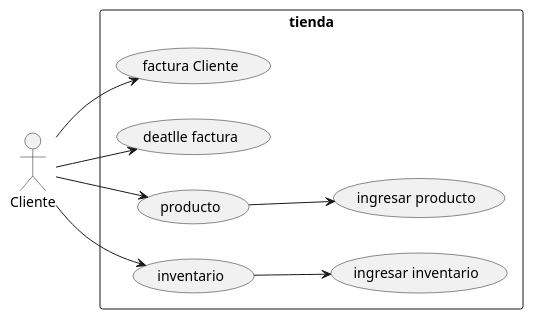
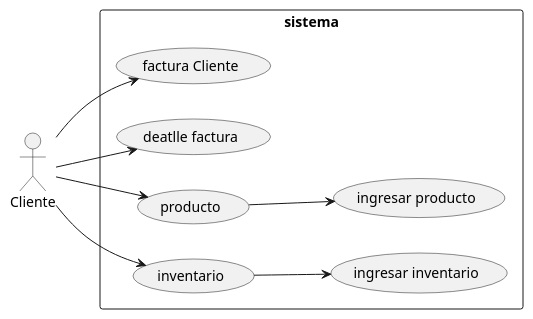
The diagram in Diagrama_de_Usos.wsd (jose6668/parcial2), drawn with PlantUML before and after one commit. The commit also changed 1 other file, not shown here.

```diff
--- a/Diagrama_de_Usos.wsd
+++ b/Diagrama_de_Usos.wsd
@@ -1,26 +1,26 @@
 @startuml
 left to right direction
 actor Cliente as clien
 
 
-rectangle "tienda" {
+rectangle "sistema" {
     usecase "factura Cliente" as Facturacleinte
     usecase "deatlle factura" as Dettalefactura
     usecase "producto" as Producto
     usecase "ingresar producto" as Ingresarproducto
     usecase "inventario" as Inventario
     usecase "ingresar inventario" as Ingresarinventario
     
 }
 
 clien --> Facturacleinte
 clien --> Dettalefactura
 clien --> Producto
 Producto --> Ingresarproducto
 clien --> Inventario
 Inventario --> Ingresarinventario
 
 
 
 
 @enduml
```
